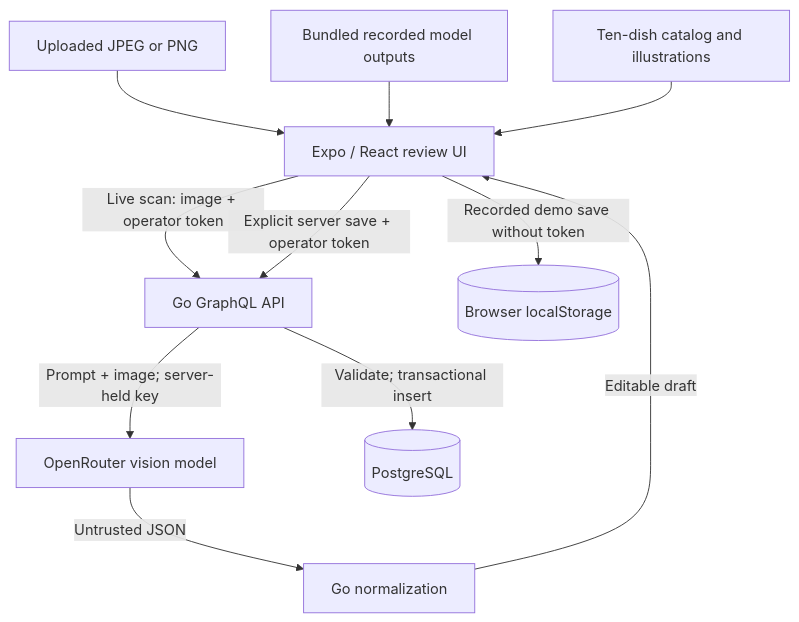
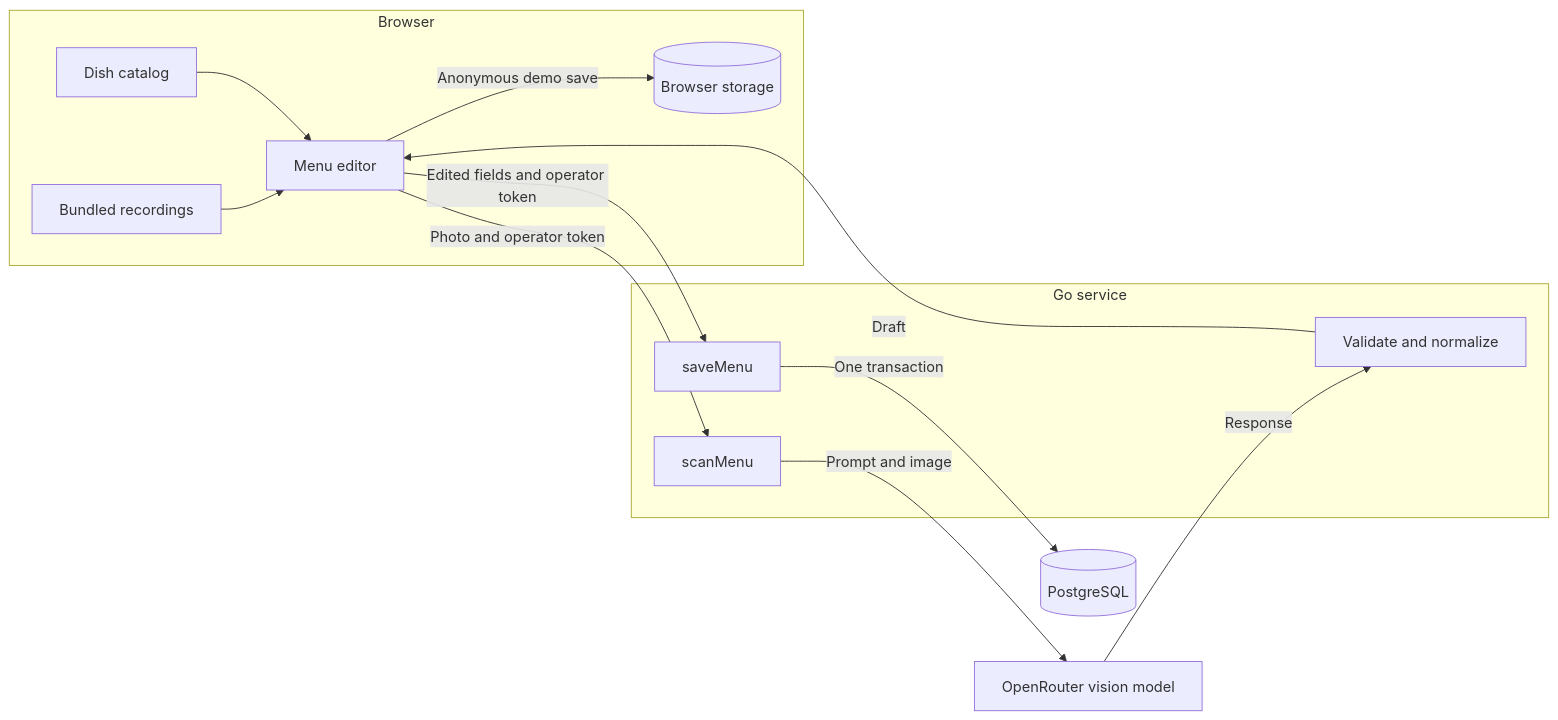
One commit to AI-07223/menu-import-go-expo changed the diagram in ARCHITECTURE.md. Above: the diagram before and after it, drawn with Mermaid. The commit also changed other lines of this file, not shown here.

Commit message:
Trace a recorded dish through Menu Import's trust and storage boundaries

````diff
--- a/ARCHITECTURE.md
+++ b/ARCHITECTURE.md
@@ -15,13 +11,19 @@
 ```mermaid
-flowchart TD
-    Photo[Uploaded JPEG or PNG] --> UI[Expo / React review UI]
-    Recordings[Bundled recorded model outputs] --> UI
-    Catalog[Ten-dish catalog and illustrations] --> UI
-    UI -->|Live scan: image + operator token| API[Go GraphQL API]
-    API -->|Prompt + image; server-held key| Vision[OpenRouter vision model]
-    Vision -->|Untrusted JSON| Normalize[Go normalization]
-    Normalize -->|Editable draft| UI
-    UI -->|Explicit server save + operator token| API
-    API -->|Validate; transactional insert| DB[(PostgreSQL)]
-    UI -->|Recorded demo save without token| Local[(Browser localStorage)]
+flowchart LR
+    subgraph Browser
+        Records[Bundled recordings] --> Editor[Menu editor]
+        Catalog[Dish catalog] --> Editor
+        Editor -->|Anonymous demo save| Storage[(Browser storage)]
+    end
+    subgraph Go["Go service"]
+        Scan[scanMenu]
+        Normalize[Validate and normalize]
+        Save[saveMenu]
+    end
+    Editor -->|Photo and operator token| Scan
+    Scan -->|Prompt and image| Model[OpenRouter vision model]
+    Model -->|Response| Normalize
+    Normalize -->|Draft| Editor
+    Editor -->|Edited fields and operator token| Save
+    Save -->|One transaction| DB[(PostgreSQL)]
 ```
````
